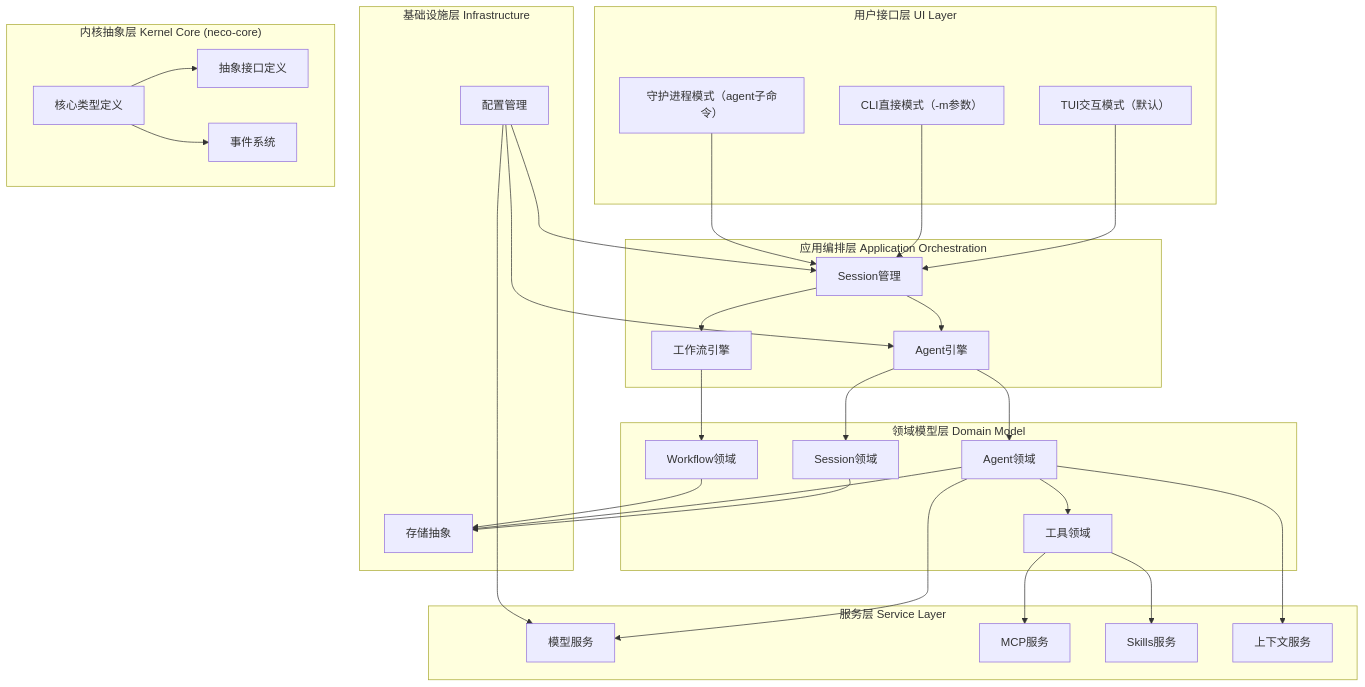
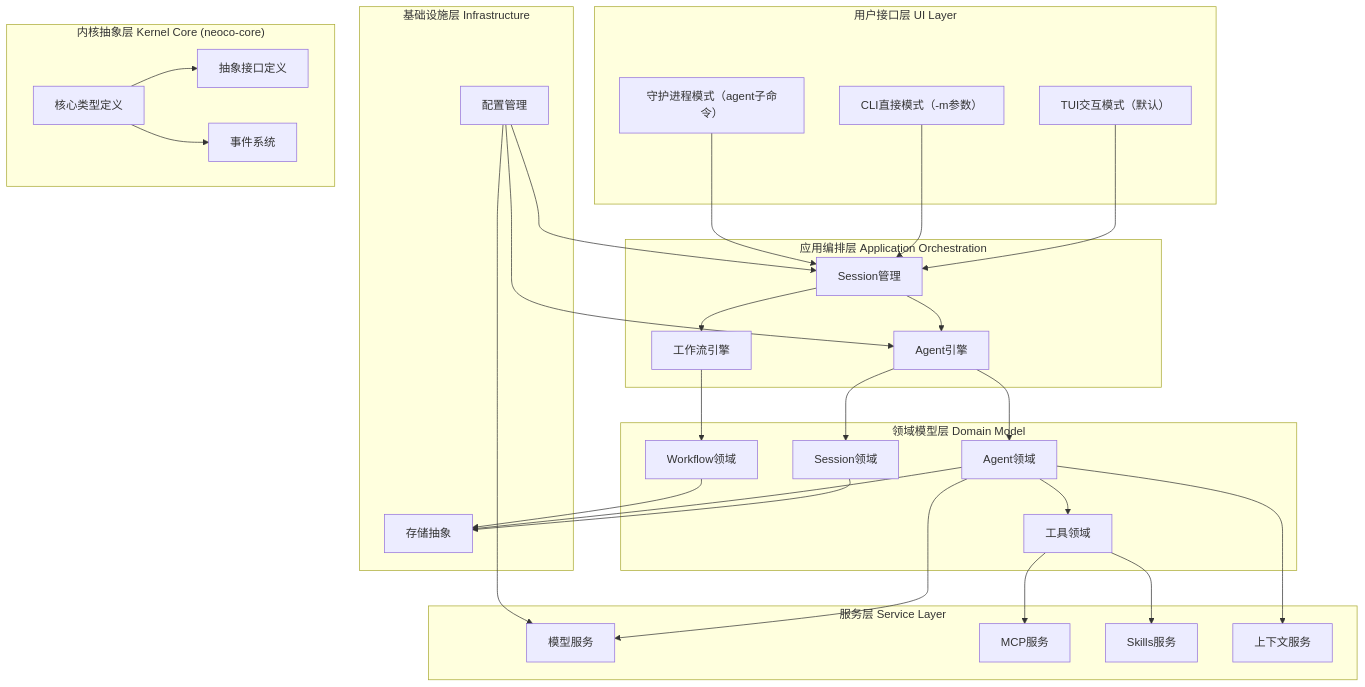
Before and after one commit to MiyakoMeow/neco: the first of 18 diagrams in progress/TECH.md, drawn with Mermaid. The commit also changed other lines of this file and 14 other files, not shown here.

````diff
--- a/progress/TECH.md
+++ b/progress/TECH.md
@@ -17,67 +17,67 @@
 ```mermaid
 graph TB
     subgraph "用户接口层 UI Layer"
         TUI[TUI交互模式（默认）]
         CLI[CLI直接模式（-m参数）]
         Agent[守护进程模式（agent子命令）]
     end
     
     subgraph "应用编排层 Application Orchestration"
         SessionMgr[Session管理]
         Workflow[工作流引擎]
         AgentMgr[Agent引擎]
     end
     
     subgraph "领域模型层 Domain Model"
         SessionDomain[Session领域]
         AgentDomain[Agent领域]
         WorkflowDomain[Workflow领域]
         ToolDomain[工具领域]
     end
     
     subgraph "服务层 Service Layer"
         ModelService[模型服务]
         MCPService[MCP服务]
         SkillService[Skills服务]
         ContextService[上下文服务]
     end
     
     subgraph "基础设施层 Infrastructure"
         Config[配置管理]
         Storage[存储抽象]
     end
     
-    subgraph "内核抽象层 Kernel Core (neco-core)"
+    subgraph "内核抽象层 Kernel Core (neoco-core)"
         Types[核心类型定义]
         Traits[抽象接口定义]
         Events[事件系统]
     end
     
     TUI --> SessionMgr
     CLI --> SessionMgr  
     Agent --> SessionMgr
     
     SessionMgr --> AgentMgr
     SessionMgr --> Workflow
     
     AgentMgr --> SessionDomain
     AgentMgr --> AgentDomain
     Workflow --> WorkflowDomain
     
     AgentDomain --> ModelService
     AgentDomain --> ToolDomain
     ToolDomain --> MCPService
     ToolDomain --> SkillService
     AgentDomain --> ContextService
     
     SessionDomain --> Storage
     AgentDomain --> Storage
     WorkflowDomain --> Storage
     
     Config --> SessionMgr
     Config --> AgentMgr
     Config --> ModelService
     
     Types --> Traits
     Types --> Events
 ```
````
